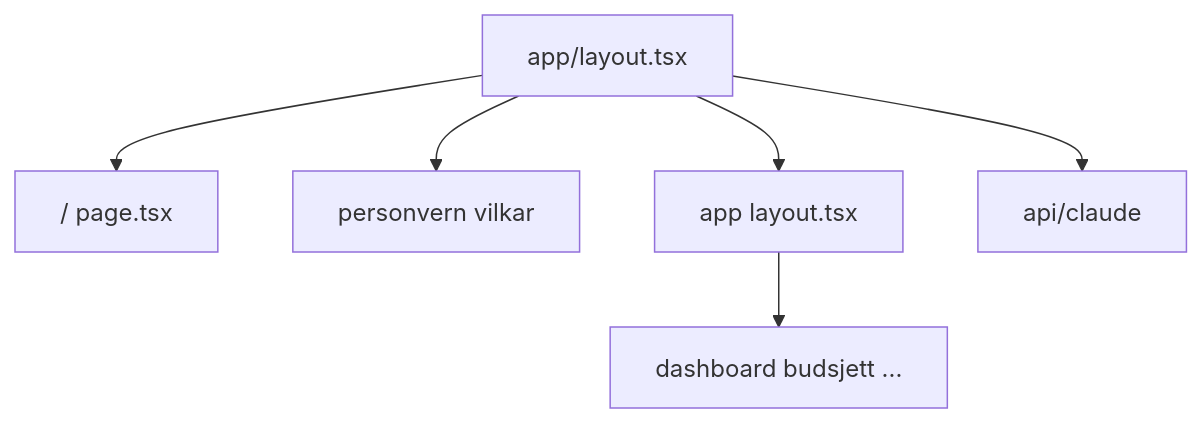
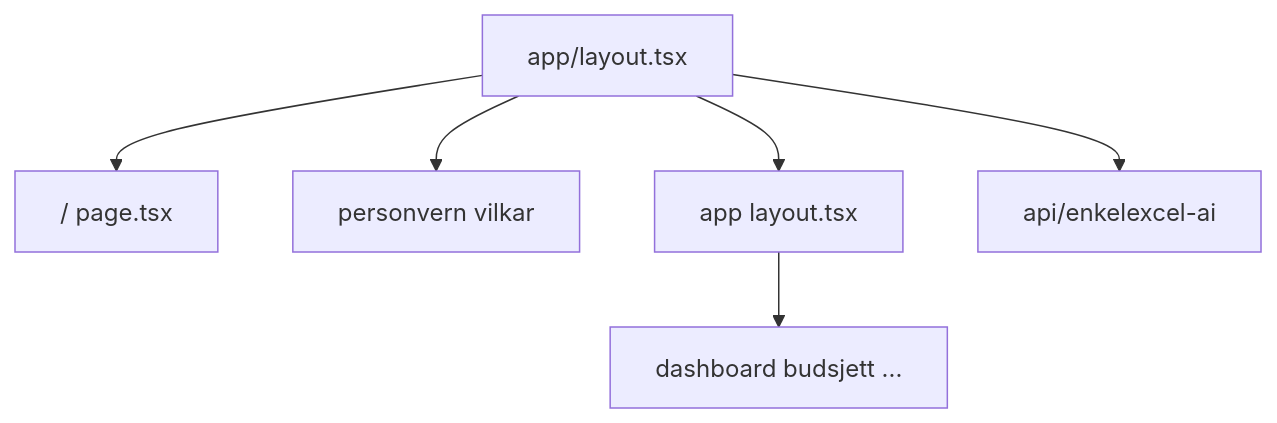
The diagram in docs/ARKITEKTUR.md (andreasmollhaug-wq/Smart-budsjett), drawn with Mermaid before and after one commit. The commit also changed 14 other files, not shown here.

````diff
--- a/docs/ARKITEKTUR.md
+++ b/docs/ARKITEKTUR.md
@@ -18,9 +18,9 @@
 ```mermaid
 flowchart TB
   rootLayout[app/layout.tsx]
   rootLayout --> landing["/ page.tsx"]
   rootLayout --> legal["personvern vilkar"]
   rootLayout --> appLayout["app layout.tsx"]
   appLayout --> appRoutes["dashboard budsjett ..."]
-  rootLayout --> apiRoute["api/claude"]
+  rootLayout --> apiRoute["api/enkelexcel-ai"]
 ```
````
